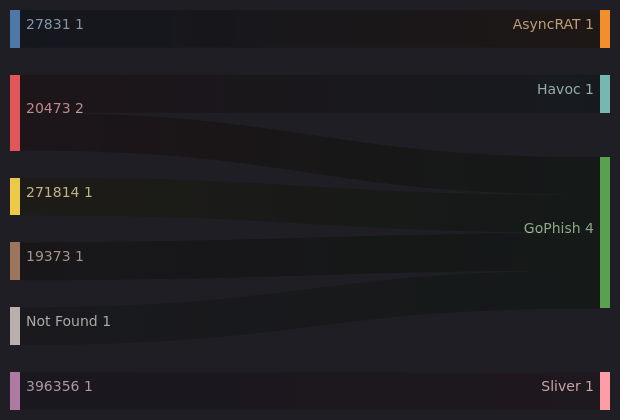
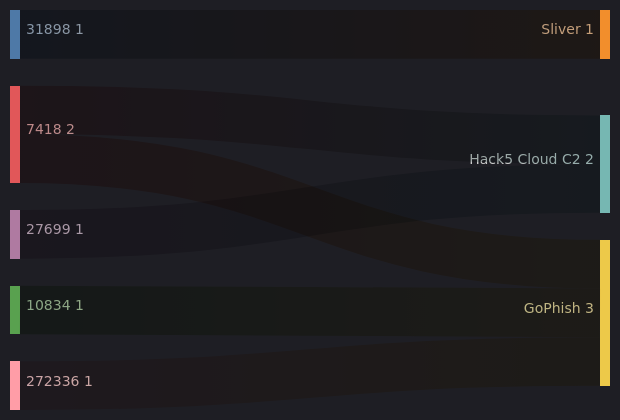
One commit to ZoqueLabs/website changed the eighth of 8 diagrams in zolim.md. Above: the diagram before and after it, drawn with Mermaid. The commit also changed other lines of this file, not shown here.

````diff
--- a/zolim.md
+++ b/zolim.md
@@ -232,15 +234,14 @@
 ```mermaid
----
-config:
-  theme: dark
----
+---  
+config:  
+ theme: dark  
+--- 
 %% Δ ASN → Threat (new edges)
 sankey-beta
-  27831,AsyncRAT,1
-  20473,Havoc,1
-  20473,GoPhish,1
-  271814,GoPhish,1
-  396356,Sliver,1
-  19373,GoPhish,1
-  Not Found,GoPhish,1
+  31898,Sliver,1
+  7418,Hack5 Cloud C2,1
+  10834,GoPhish,1
+  27699,Hack5 Cloud C2,1
+  7418,GoPhish,1
+  272336,GoPhish,1
 ```
````
